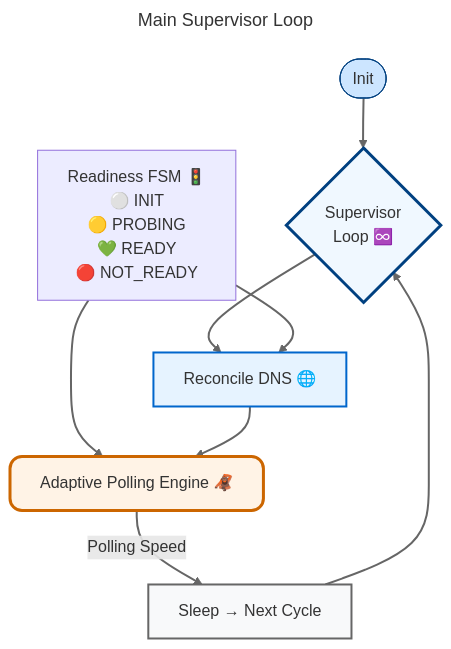
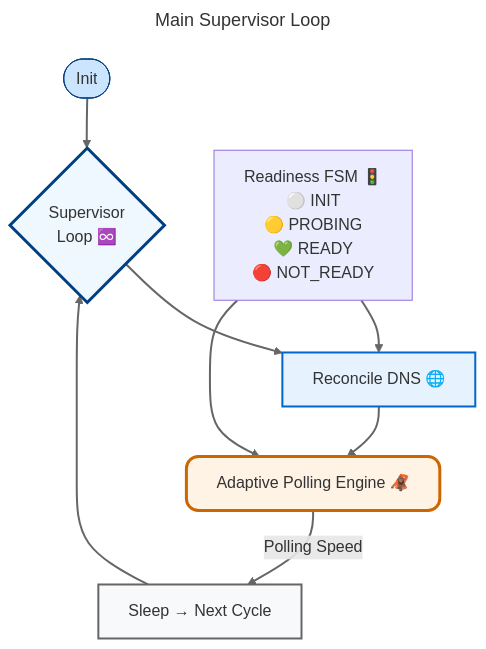
One commit to bkaewell/cloudflare-verified-ddns changed the first of 3 diagrams in docs/CONTROL_LOOP.md. Above: the diagram before and after it, drawn with Mermaid.

Commit message:
Minor updates

````diff
--- a/docs/CONTROL_LOOP.md
+++ b/docs/CONTROL_LOOP.md
@@ -21,31 +21,31 @@
 ```mermaid
 ---
 title: Main Supervisor Loop
 config:
    look: classic
    theme: 'default'
 ---
 graph TD
     Start([Init]) --> Loop{Supervisor<br>Loop ♾️}
 
     Loop --> Update[Reconcile DNS 🌐]
 
-    Readiness["Readiness FSM 🚦<br/>⚪ INIT<br/>🟡 PROBING<br/>💚 READY<br/>🔴 NOT_READY"] --> Update
+    Update --> Poll[Adaptive Polling Engine 🦧]
+
+    Readiness["Readiness FSM 🚦<br/>⚪ INIT     <br/>🟡 PROBING  <br/>💚 READY    <br/>🔴 NOT_READY"] --> Update
 
     Readiness --> Poll
-
-    Update --> Poll[Adaptive Polling Engine 🦧]
 
     Poll -->  |"Polling Speed"| Sleep[Sleep → Next Cycle]
 
     Sleep -->  Loop
 
     %% Visual highlights
     style Poll fill:#fff3e6,stroke:#cc6600,stroke-width:3px,rx:12,ry:12
     style Loop fill:#f0f8ff,stroke:#004080,stroke-width:3px,rx:12,ry:12
     style Update fill:#e6f3ff,stroke:#0066cc,stroke-width:2px
     style Start fill:#cce5ff,stroke:#004080,rx:12,ry:12
     style Sleep fill:#f8f9fa,stroke:#666,stroke-width:2px
 
     linkStyle default stroke:#666,stroke-width:2px
 ```
````
